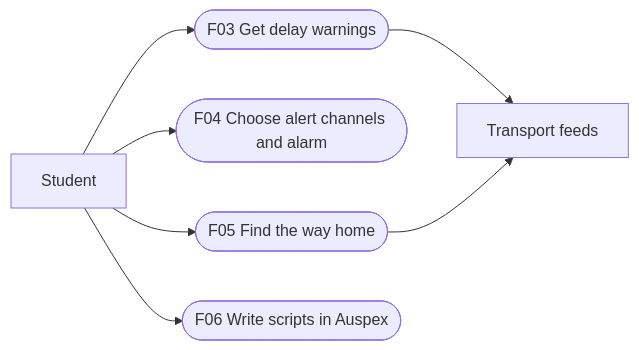
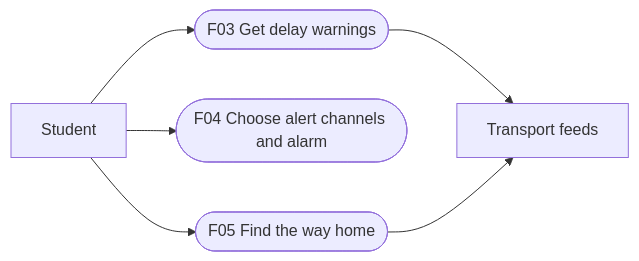
One commit to LPuehringerStudent/LeoWay changed the fifth of 18 diagrams in docs/LeoWay-System-Specification.md. Above: the diagram before and after it, drawn with Mermaid. The commit also changed other lines of this file and 2 other files, not shown here.

Commit message:
docs: correct Auspex to backend only and clarify application domain

````diff
--- a/docs/LeoWay-System-Specification.md
+++ b/docs/LeoWay-System-Specification.md
@@ -180,10 +184,9 @@
 ```mermaid
 %% use-case
 flowchart LR
   S[Student] --> F03([F03 Get delay warnings])
   S --> F04([F04 Choose alert channels and alarm])
   S --> F05([F05 Find the way home])
-  S --> F06([F06 Write scripts in Auspex])
   F03 --> T[Transport feeds]
   F05 --> T
 ```
````
